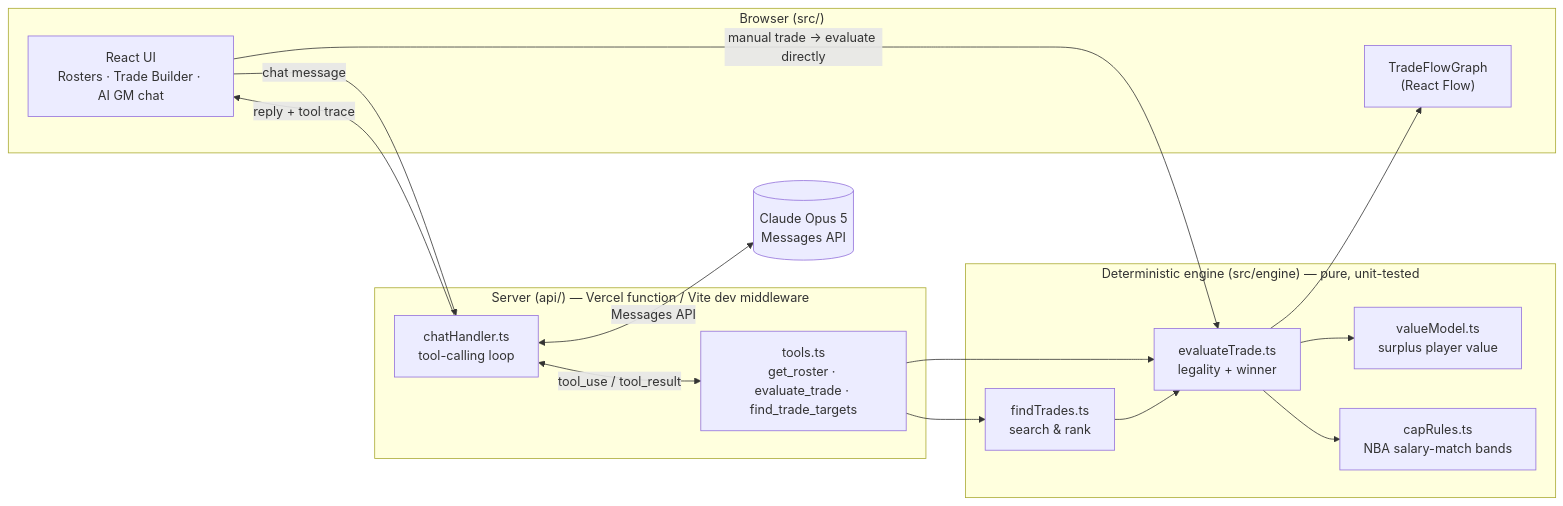
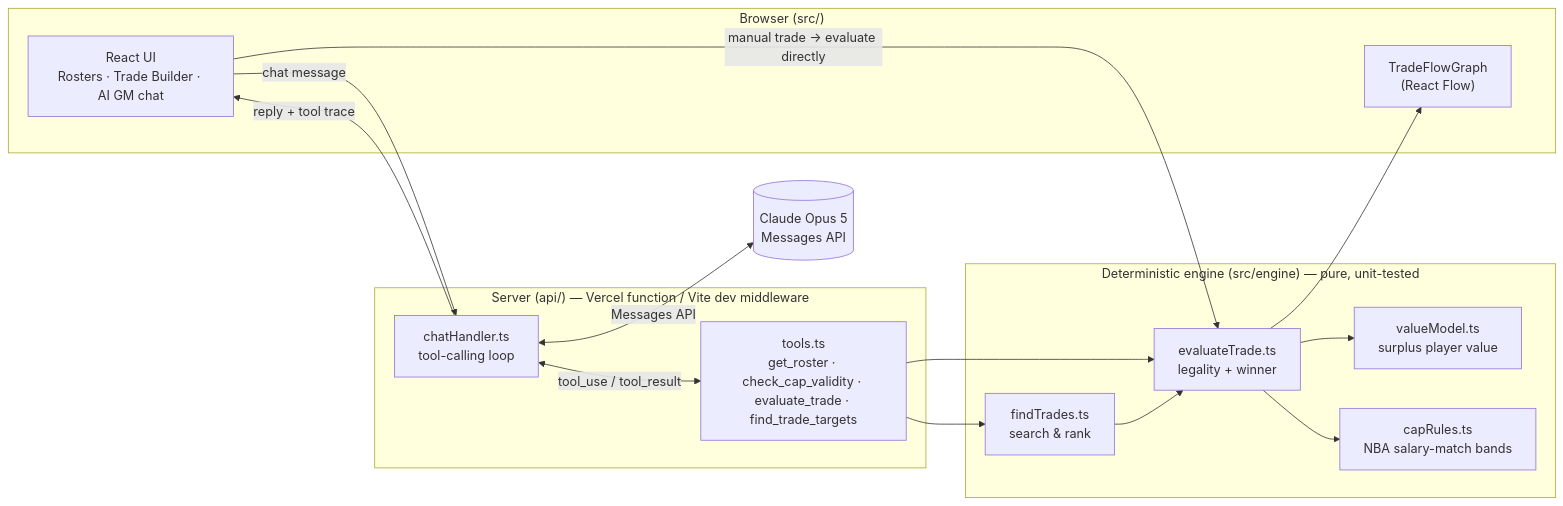
One commit to skicactus/NBATrade changed the diagram in README.md. Above: the diagram before and after it, drawn with Mermaid. The commit also changed other lines of this file and 8 other files, not shown here.

First line of the commit message:
Visualize finder results in chat; split check_cap_validity out as its own tool

````diff
--- a/README.md
+++ b/README.md
@@ -83,33 +85,33 @@
 ```mermaid
 flowchart LR
     subgraph Browser["Browser (src/)"]
         UI["React UI<br/>Rosters · Trade Builder · AI GM chat"]
         FLOW["TradeFlowGraph<br/>(React Flow)"]
     end
 
     subgraph Engine["Deterministic engine (src/engine) — pure, unit-tested"]
         VM["valueModel.ts<br/>surplus player value"]
         CR["capRules.ts<br/>NBA salary-match bands"]
         ET["evaluateTrade.ts<br/>legality + winner"]
         FT["findTrades.ts<br/>search & rank"]
     end
 
     subgraph Server["Server (api/) — Vercel function / Vite dev middleware"]
-        TOOLS["tools.ts<br/>get_roster · evaluate_trade · find_trade_targets"]
+        TOOLS["tools.ts<br/>get_roster · check_cap_validity · evaluate_trade · find_trade_targets"]
         LOOP["chatHandler.ts<br/>tool-calling loop"]
     end
 
     CLAUDE[("Claude Opus 5<br/>Messages API")]
 
     UI -- "manual trade → evaluate directly" --> ET
     ET --> FLOW
     UI -- "chat message" --> LOOP
     LOOP <-- "tool_use / tool_result" --> TOOLS
     LOOP <-- "Messages API" --> CLAUDE
     TOOLS --> ET
     TOOLS --> FT
     FT --> ET
     ET --> VM
     ET --> CR
     LOOP -- "reply + tool trace" --> UI
 ```
````
